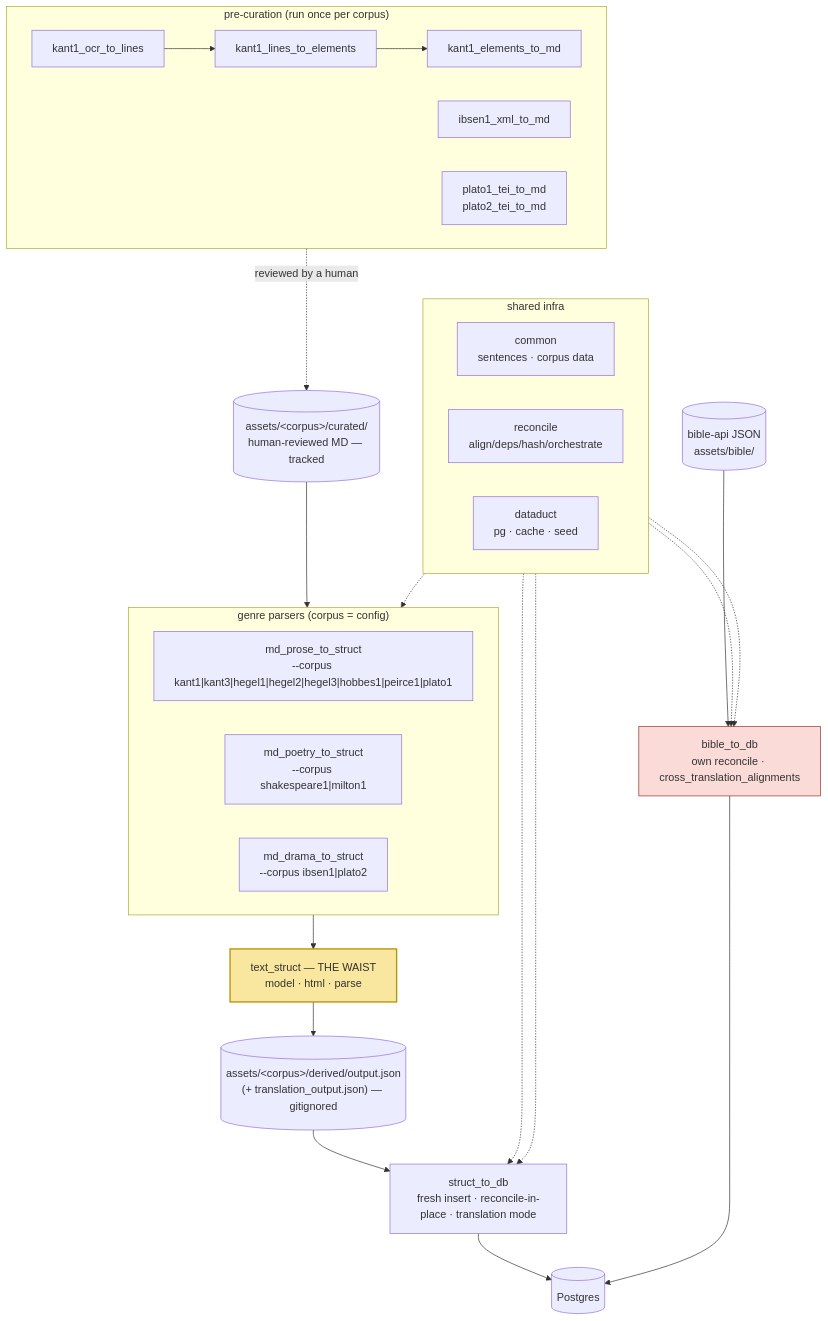
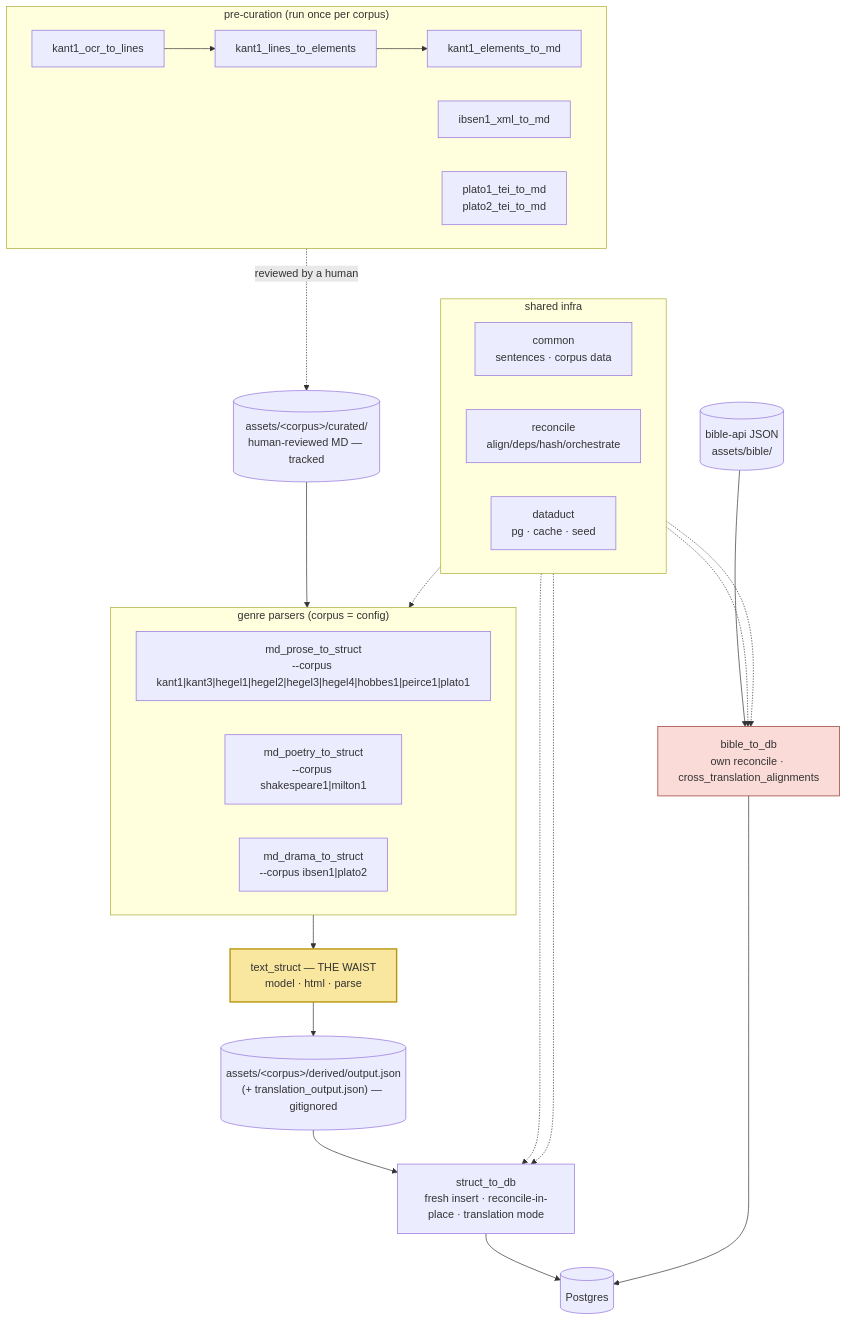
One commit to scholia-study/scholia changed the first of 2 diagrams in docs/architecture/overview.md. Above: the diagram before and after it, drawn with Mermaid. The commit also changed other lines of this file and 7 other files, not shown here.

````diff
--- a/docs/architecture/overview.md
+++ b/docs/architecture/overview.md
@@ -94,52 +94,52 @@
 ```mermaid
 flowchart TB
     subgraph pre ["pre-curation (run once per corpus)"]
         direction LR
         ocr["kant1_ocr_to_lines"] --> lines["kant1_lines_to_elements"] --> elem["kant1_elements_to_md"]
         tei["ibsen1_xml_to_md"]
         greek["plato1_tei_to_md<br/>plato2_tei_to_md"]
     end
 
     curated[("assets/&lt;corpus&gt;/curated/<br/>human-reviewed MD — tracked")]
     pre -. "reviewed by a human" .-> curated
 
     subgraph parsers ["genre parsers (corpus = config)"]
         direction LR
-        prose["md_prose_to_struct<br/>--corpus kant1|kant3|hegel1|hegel2|hegel3|hobbes1|peirce1|plato1"]
+        prose["md_prose_to_struct<br/>--corpus kant1|kant3|hegel1|hegel2|hegel3|hegel4|hobbes1|peirce1|plato1"]
         poetry["md_poetry_to_struct<br/>--corpus shakespeare1|milton1"]
         drama["md_drama_to_struct<br/>--corpus ibsen1|plato2"]
     end
 
     curated --> parsers
 
     waist["text_struct — THE WAIST<br/>model · html · parse"]
     parsers --> waist
 
     derived[("assets/&lt;corpus&gt;/derived/output.json<br/>(+ translation_output.json) — gitignored")]
     waist --> derived
 
     importer["struct_to_db<br/>fresh insert · reconcile-in-place · translation mode"]
     derived --> importer
 
     pg[(Postgres)]
     importer --> pg
 
     bibleapi[("bible-api JSON<br/>assets/bible/")] --> bible["bible_to_db<br/>own reconcile · cross_translation_alignments"]
     bible --> pg
 
     subgraph infra ["shared infra"]
         direction LR
         common["common<br/>sentences · corpus data"]
         reconcile["reconcile<br/>align/deps/hash/orchestrate"]
         dataduct["dataduct<br/>pg · cache · seed"]
     end
 
     common -.-> parsers
     reconcile -.-> importer
     reconcile -.-> bible
     dataduct -.-> importer
     dataduct -.-> bible
 
     style waist fill:#f9e79f,stroke:#b7950b,stroke-width:2px
     style bible fill:#fadbd8,stroke:#943126
 ```
````
